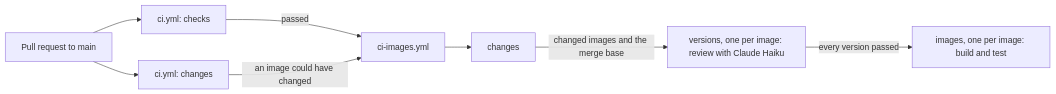
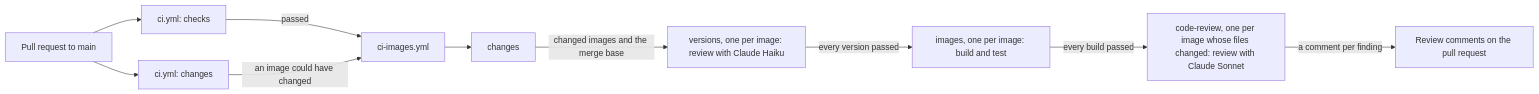
The diagram in docs/ci.md (froazin/devcontainers), drawn with Mermaid before and after one commit. The commit also changed other lines of this file and 5 other files, not shown here.

First line of the commit message:
ci(tooling): Add a Claude code review for each changed image

````diff
--- a/docs/ci.md
+++ b/docs/ci.md
@@ -25,12 +26,14 @@
 ```mermaid
 flowchart LR
     accTitle: The CI jobs for a pull request
-    accDescr: A pull request to main starts ci.yml. Its checks job runs the lint, type check, unit tests, manifest checks and shell checks. Its changes job lists the pull request's files and decides whether an image could have changed. When both pass and an image could have changed, ci.yml calls ci-images.yml. Its changes job diffs the branch from where it left main and lists the changed images. Then one versions job runs for each changed image, where Claude Haiku reviews the image's version against the branch's commits. When every review passes, one images job runs for each changed image to build and test it.
+    accDescr: A pull request to main starts ci.yml. Its checks job runs the lint, type check, unit tests, manifest checks and shell checks. Its changes job lists the pull request's files and decides whether an image could have changed. When both pass and an image could have changed, ci.yml calls ci-images.yml. Its changes job diffs the branch from where it left main and lists the changed images. Then one versions job runs for each changed image, where Claude Haiku reviews the image's version against the branch's commits. When every review passes, one images job runs for each changed image to build and test it. When every build passes, one code-review job runs for each image whose own files changed, where Claude Sonnet reviews the changes to those files and comments on the pull request for each finding.
     pr[Pull request to main] --> checks[ci.yml: checks]
     pr --> rough[ci.yml: changes]
     checks -->|passed| workflow[ci-images.yml]
     rough -->|an image could have changed| workflow
     workflow --> changes[changes]
     changes -->|changed images and the merge base| versions[versions, one per image: review with Claude Haiku]
     versions -->|every version passed| images[images, one per image: build and test]
+    images -->|every build passed| review[code-review, one per image whose files changed: review with Claude Sonnet]
+    review -->|a comment per finding| comments[Review comments on the pull request]
 ```
````
